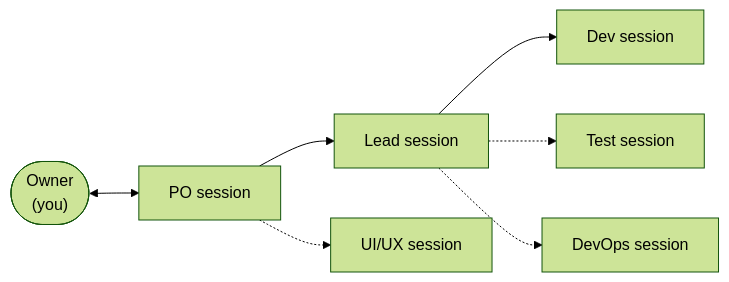
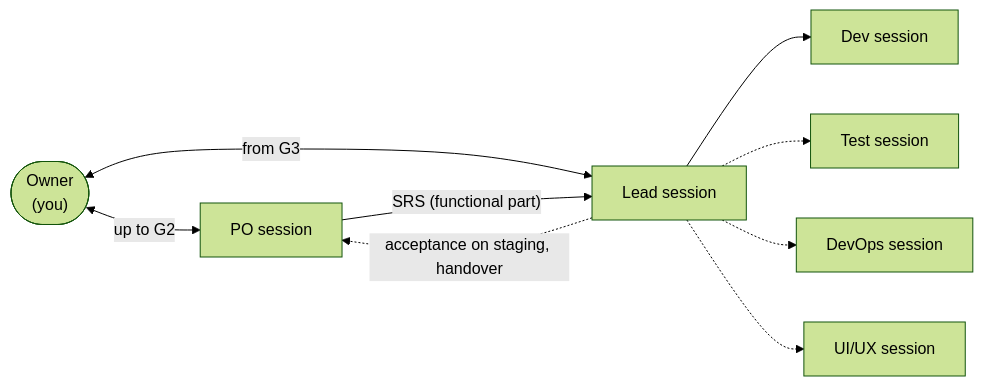
One commit to liquizzz/ai-delivery-playbook changed the first of 2 diagrams in docs/book/00-introduction.md. Above: the diagram before and after it, drawn with Mermaid (forest theme). The commit also changed other lines of this file and 63 other files, not shown here.

First line of the commit message:
PO answers to the client, the Lead runs delivery; one test round on staging

````diff
--- a/docs/book/00-introduction.md
+++ b/docs/book/00-introduction.md
@@ -44,9 +44,11 @@
 ```mermaid
 flowchart LR
-  O(["Owner<br/>(you)"]) <--> PO["PO session"]
-  PO --> Lead["Lead session"]
+  O(["Owner<br/>(you)"]) <-- "up to G2" --> PO["PO session"]
+  O <-- "from G3" --> Lead["Lead session"]
+  PO -- "SRS (functional part)" --> Lead
   Lead --> Dev["Dev session"]
+  Lead -. "acceptance on staging, handover" .-> PO
   Lead -.-> Test["Test session"]
   Lead -.-> DevOps["DevOps session"]
-  PO -.-> UX["UI/UX session"]
+  Lead -.-> UX["UI/UX session"]
 ```
````
